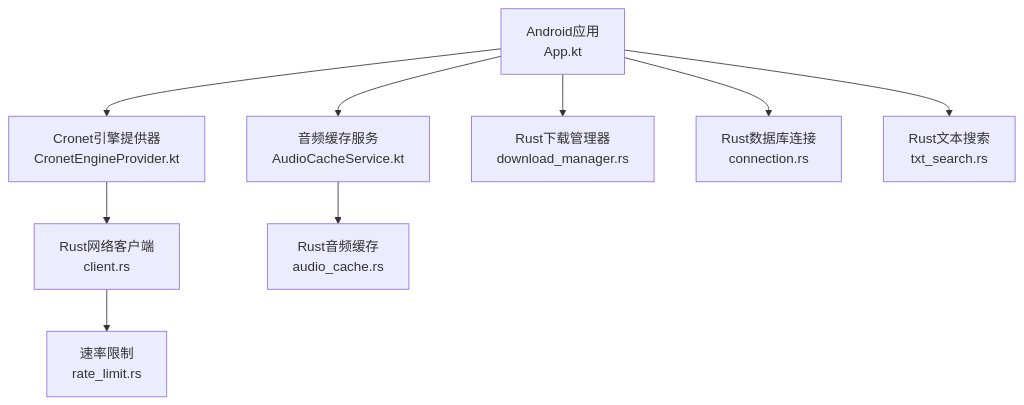
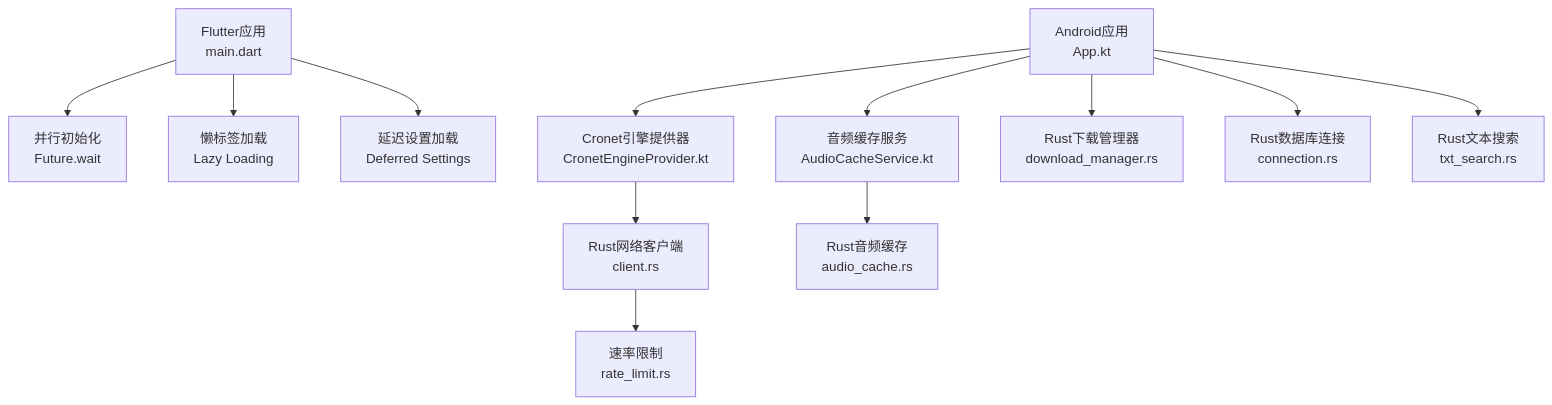
One commit to ZhangGHGitHub/LegadoTeamFlutter changed the first of 8 diagrams in .qoder/repowiki/zh/content/Rust核心库/性能优化.md. Above: the diagram before and after it, drawn with Mermaid. The commit also changed other lines of this file and 68 other files, not shown here.

````diff
--- a/.qoder/repowiki/zh/content/Rust核心库/性能优化.md
+++ b/.qoder/repowiki/zh/content/Rust核心库/性能优化.md
@@ -43,11 +54,14 @@
 ```mermaid
 graph TB
 A["Android应用<br/>App.kt"] --> B["Cronet引擎提供器<br/>CronetEngineProvider.kt"]
 A --> C["音频缓存服务<br/>AudioCacheService.kt"]
-B --> D["Rust网络客户端<br/>client.rs"]
-D --> E["速率限制<br/>rate_limit.rs"]
-C --> F["Rust音频缓存<br/>audio_cache.rs"]
-A --> G["Rust下载管理器<br/>download_manager.rs"]
-A --> H["Rust数据库连接<br/>connection.rs"]
-A --> I["Rust文本搜索<br/>txt_search.rs"]
+D["Flutter应用<br/>main.dart"] --> E["并行初始化<br/>Future.wait"]
+D --> F["懒标签加载<br/>Lazy Loading"]
+D --> G["延迟设置加载<br/>Deferred Settings"]
+B --> H["Rust网络客户端<br/>client.rs"]
+H --> I["速率限制<br/>rate_limit.rs"]
+C --> J["Rust音频缓存<br/>audio_cache.rs"]
+A --> K["Rust下载管理器<br/>download_manager.rs"]
+A --> L["Rust数据库连接<br/>connection.rs"]
+A --> M["Rust文本搜索<br/>txt_search.rs"]
 ```
````
